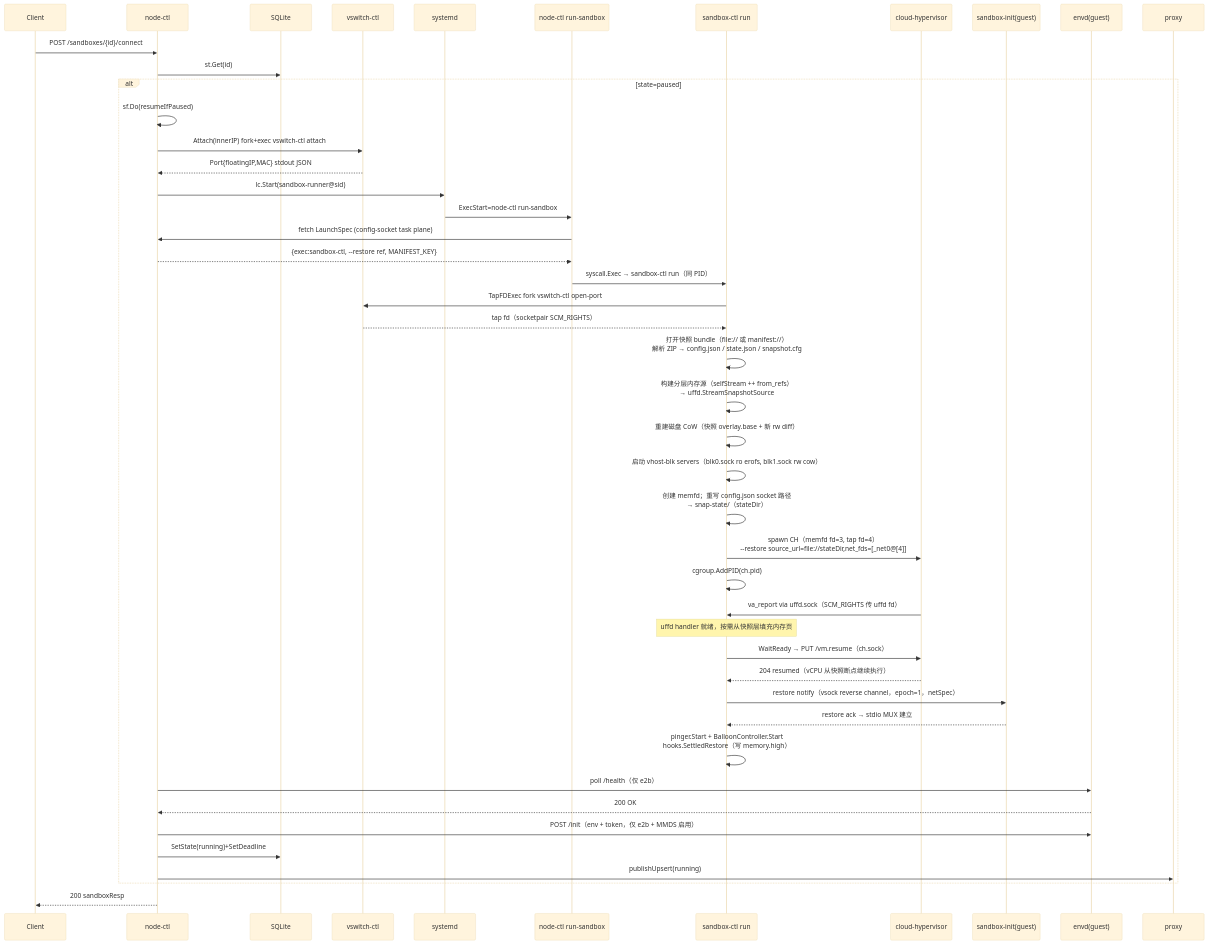
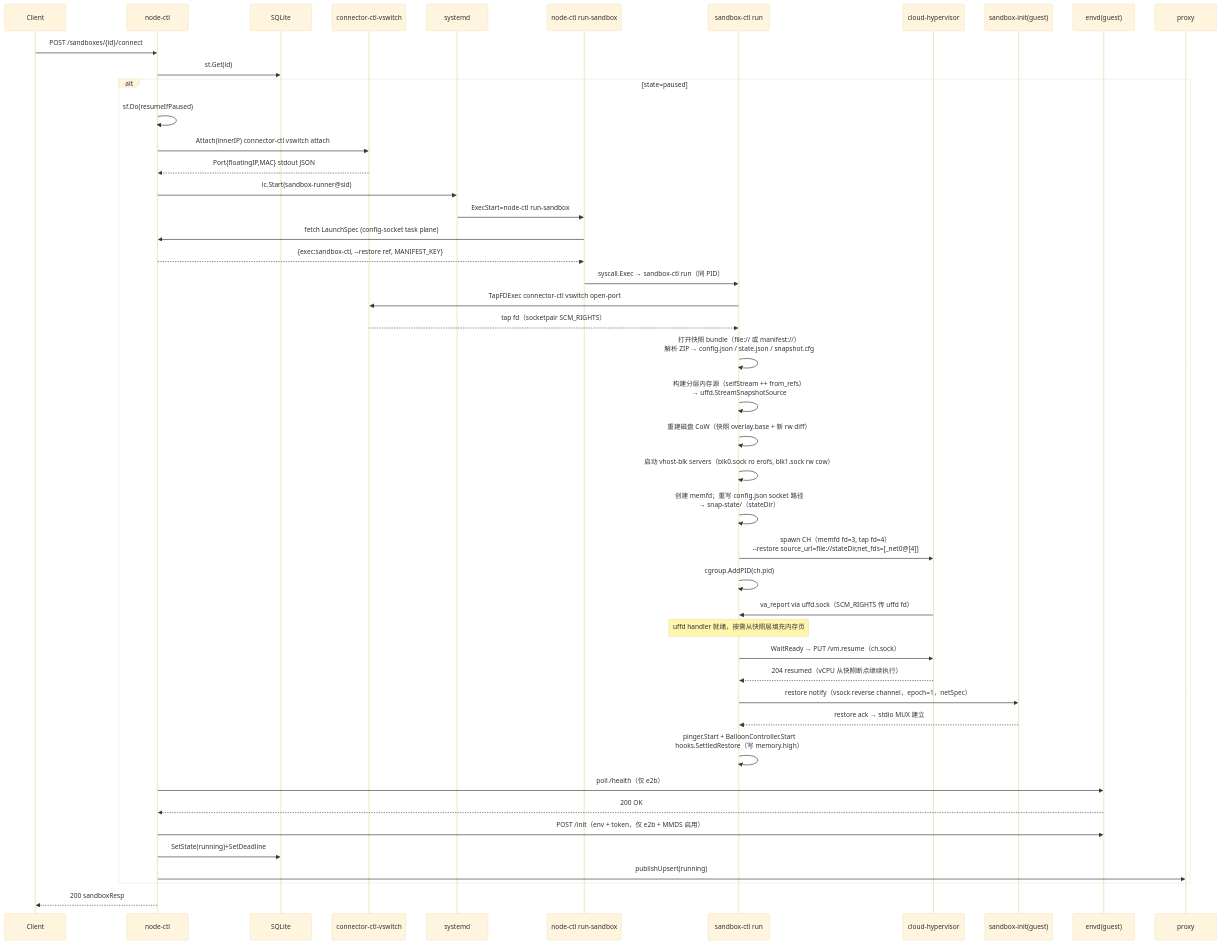
The third of 8 diagrams in docs/proposals/fe-2.2-serve-sandbox-lifecycle.md (lyuyun/sandboxd), drawn with Mermaid (base theme) before and after one commit. The commit also changed other lines of this file and 1 other file, not shown here.

````diff
--- a/docs/proposals/fe-2.2-serve-sandbox-lifecycle.md
+++ b/docs/proposals/fe-2.2-serve-sandbox-lifecycle.md
@@ -511,49 +511,49 @@
 ```mermaid
 sequenceDiagram
     participant C as Client
     participant O as node-ctl
     participant DB as SQLite
-    participant VS as vswitch-ctl
+    participant VS as connector-ctl-vswitch
     participant SD as systemd
     participant RS as node-ctl run-sandbox
     participant SC as sandbox-ctl run
     participant CH as cloud-hypervisor
     participant SI as sandbox-init(guest)
     participant E as envd(guest)
     participant P as proxy
 
     C->>O: POST /sandboxes/{id}/connect
     O->>DB: st.Get(id)
     alt state=paused
         O->>O: sf.Do(resumeIfPaused)
-        O->>VS: Attach(innerIP) fork+exec vswitch-ctl attach
+        O->>VS: Attach(innerIP) connector-ctl vswitch attach
         VS-->>O: Port{floatingIP,MAC} stdout JSON
         O->>SD: lc.Start(sandbox-runner@sid)
         SD->>RS: ExecStart=node-ctl run-sandbox
         RS->>O: fetch LaunchSpec (config-socket task plane)
         O-->>RS: {exec:sandbox-ctl, --restore ref, MANIFEST_KEY}
         RS->>SC: syscall.Exec → sandbox-ctl run（同 PID）
-        SC->>VS: TapFDExec fork vswitch-ctl open-port
+        SC->>VS: TapFDExec connector-ctl vswitch open-port
         VS-->>SC: tap fd（socketpair SCM_RIGHTS）
         SC->>SC: 打开快照 bundle（file:// 或 manifest://）<br>解析 ZIP → config.json / state.json / snapshot.cfg
         SC->>SC: 构建分层内存源（selfStream ++ from_refs）<br>→ uffd.StreamSnapshotSource
         SC->>SC: 重建磁盘 CoW（快照 overlay.base + 新 rw diff）
         SC->>SC: 启动 vhost-blk servers（blk0.sock ro erofs, blk1.sock rw cow）
         SC->>SC: 创建 memfd；重写 config.json socket 路径<br>→ snap-state/（stateDir）
         SC->>CH: spawn CH（memfd fd=3, tap fd=4）<br>--restore source_url=file://stateDir,net_fds=[_net0@[4]]
         SC->>SC: cgroup.AddPID(ch.pid)
         CH->>SC: va_report via uffd.sock（SCM_RIGHTS 传 uffd fd）
         Note over SC: uffd handler 就绪，按需从快照层填充内存页
         SC->>CH: WaitReady → PUT /vm.resume（ch.sock）
         CH-->>SC: 204 resumed（vCPU 从快照断点继续执行）
         SC->>SI: restore notify（vsock reverse channel，epoch=1，netSpec）
         SI-->>SC: restore ack → stdio MUX 建立
         SC->>SC: pinger.Start + BalloonController.Start<br>hooks.SettledRestore（写 memory.high）
         O->>E: poll /health（仅 e2b）
         E-->>O: 200 OK
         O->>E: POST /init（env + token，仅 e2b + MMDS 启用）
         O->>DB: SetState(running)+SetDeadline
         O->>P: publishUpsert(running)
     end
     O-->>C: 200 sandboxResp
 ```
````
